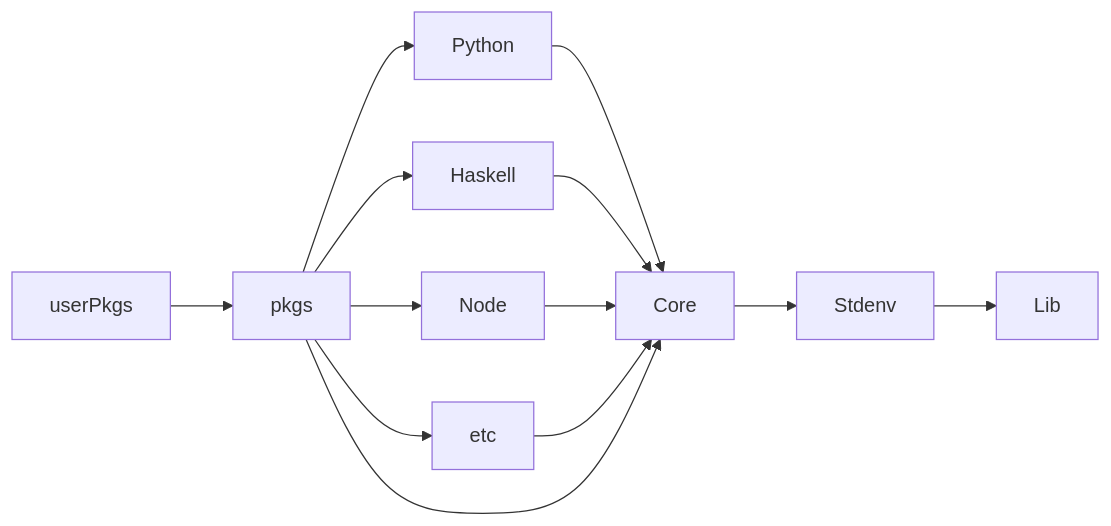
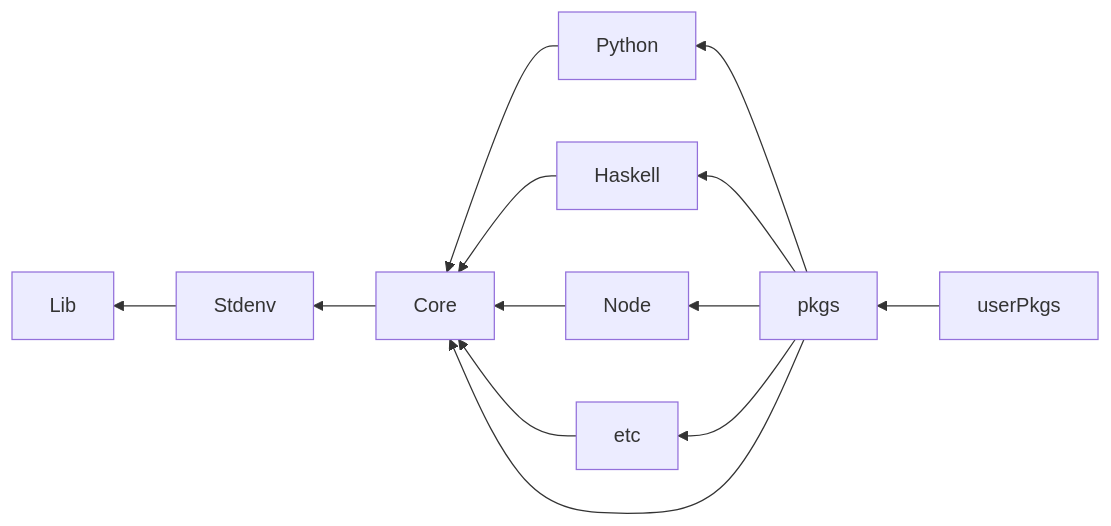
Before and after one commit to jonringer/poly-repo-roadmap: the diagram in README.md, drawn with Mermaid.

````diff
--- a/README.md
+++ b/README.md
@@ -20,15 +20,15 @@
 ```mermaid
-flowchart LR
+flowchart RL
     Stdenv --> Lib
     Core --> Stdenv
     Python --> Core
     Haskell --> Core
     Node --> Core
     etc --> Core
     pkgs --> Core
     pkgs --> Python
     pkgs --> Haskell
     pkgs --> Node
     pkgs --> etc
     userPkgs --> pkgs
 ```
````
